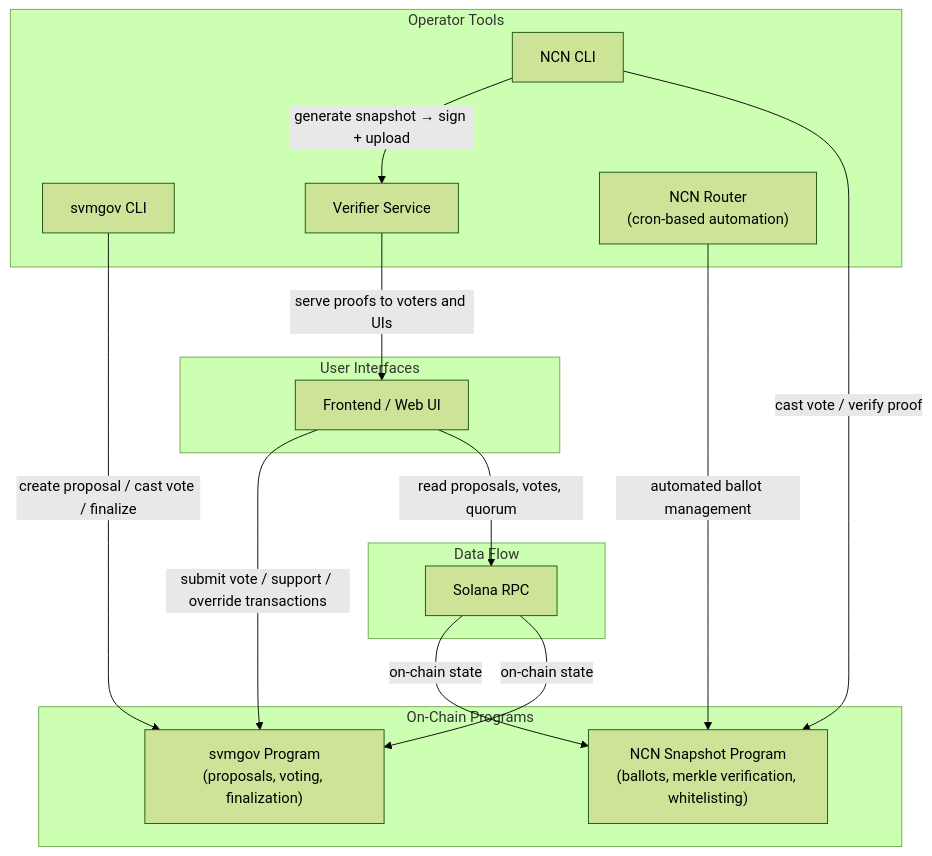
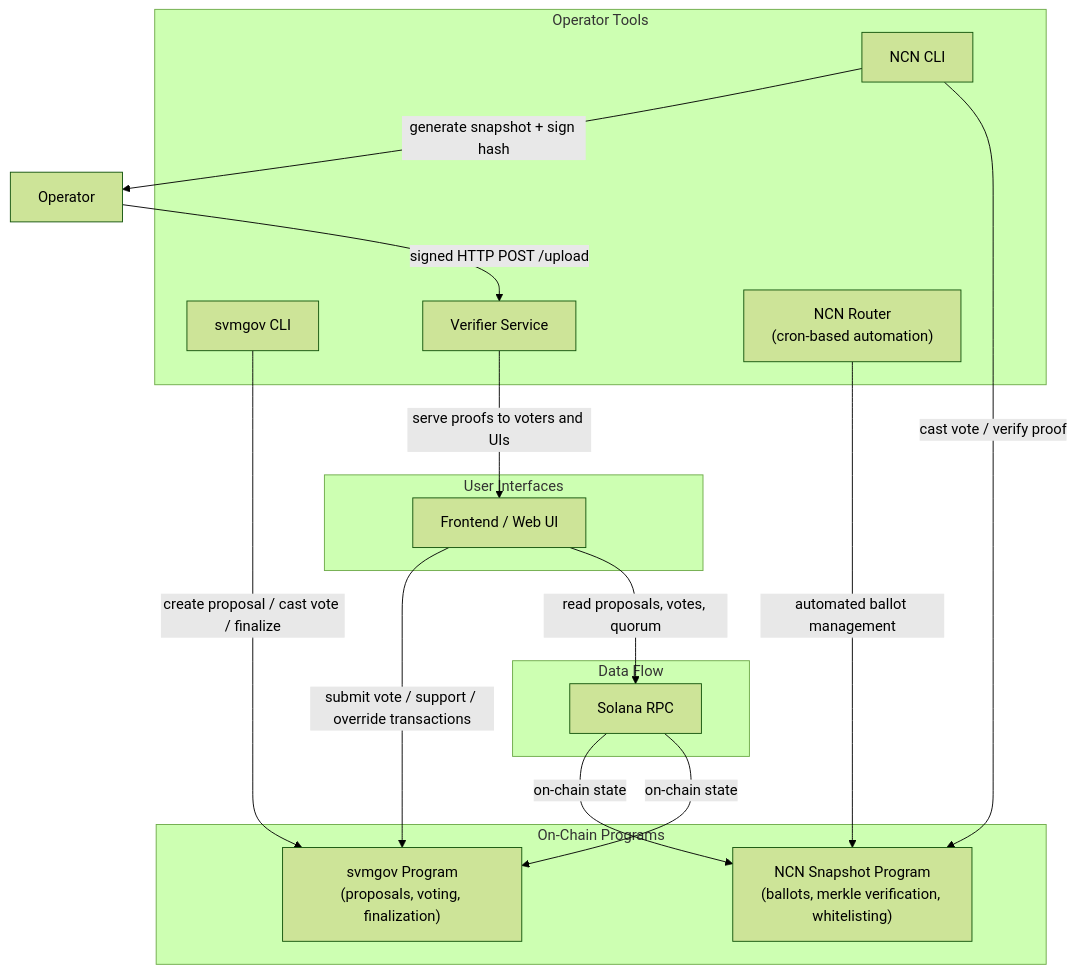
The diagram in ARCHITECTURE.md (solana-foundation/solana-governance), drawn with Mermaid (forest theme) before and after one commit.

Commit message:
docs: separate snapshot generation from the operator's HTTP upload step

````diff
--- a/ARCHITECTURE.md
+++ b/ARCHITECTURE.md
@@ -7,35 +7,36 @@
 ```mermaid
 graph TB
     subgraph "On-Chain Programs"
         SVMGOV["svmgov Program
 (proposals, voting, finalization)"]
         NCN["NCN Snapshot Program
 (ballots, merkle verification, whitelisting)"]
     end
 
     subgraph "Operator Tools"
         SVMCLI["svmgov CLI"]
         NCNCLI["NCN CLI"]
         VS["Verifier Service"]
         ROUTER["NCN Router
 (cron-based automation)"]
     end
 
     subgraph "User Interfaces"
         FE["Frontend / Web UI"]
     end
 
     subgraph "Data Flow"
         RPC["Solana RPC"]
     end
 
     SVMCLI -->|"create proposal / cast vote / finalize"| SVMGOV
     NCNCLI -->|"cast vote / verify proof"| NCN
-    NCNCLI -->|"generate snapshot → sign + upload"| VS
+    NCNCLI -->|"generate snapshot + sign hash"| OP["Operator"]
+    OP -->|"signed HTTP POST /upload"| VS
     VS -->|"serve proofs to voters and UIs"| FE
     ROUTER -->|"automated ballot management"| NCN
     FE -->|"read proposals, votes, quorum"| RPC
     FE -->|"submit vote / support / override transactions"| SVMGOV
     RPC -->|"on-chain state"| SVMGOV
     RPC -->|"on-chain state"| NCN
 ```
````
